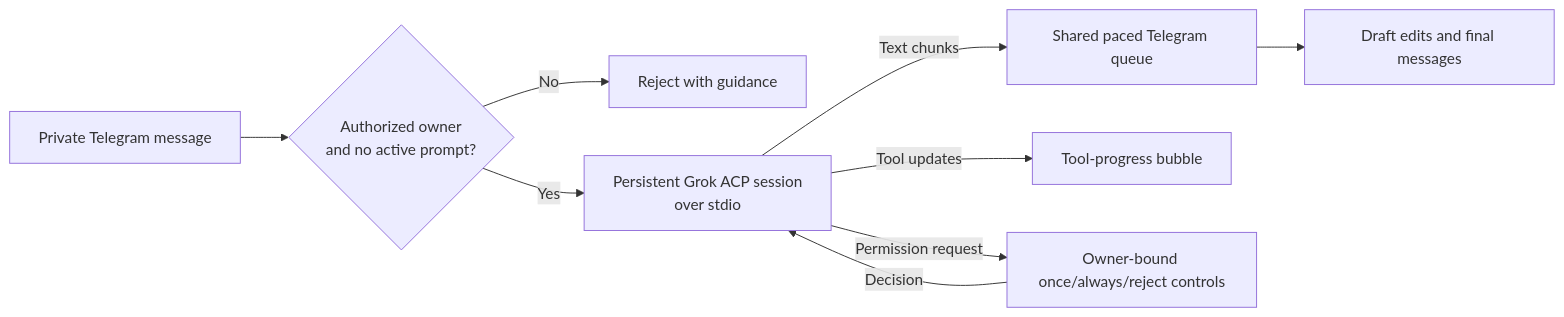
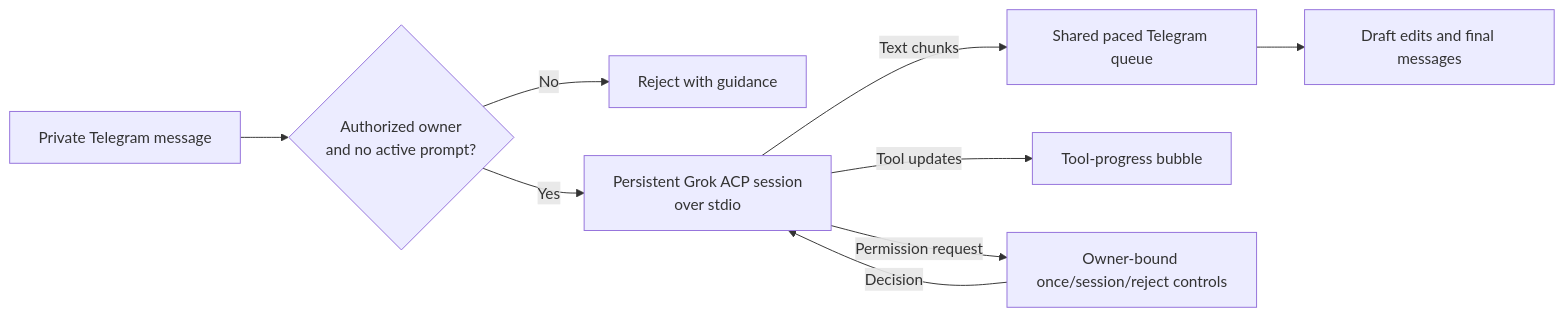
Before and after one commit to DanWahlin/agent-telegram-bridge: the diagram in README.md, drawn with Mermaid. The commit also changed other lines of this file and 4 other files, not shown here.

````diff
--- a/README.md
+++ b/README.md
@@ -91,11 +91,11 @@
 ```mermaid
 flowchart LR
     telegram["Private Telegram message"] --> gate{"Authorized owner<br/>and no active prompt?"}
     gate -- No --> rejected["Reject with guidance"]
     gate -- Yes --> acp["Persistent Grok ACP session<br/>over stdio"]
     acp -- Text chunks --> queue["Shared paced Telegram queue"]
     queue --> response["Draft edits and final messages"]
     acp -- Tool updates --> bubble["Tool-progress bubble"]
-    acp -- Permission request --> permission["Owner-bound once/always/reject controls"]
+    acp -- Permission request --> permission["Owner-bound once/session/reject controls"]
     permission -- Decision --> acp
 ```
````
